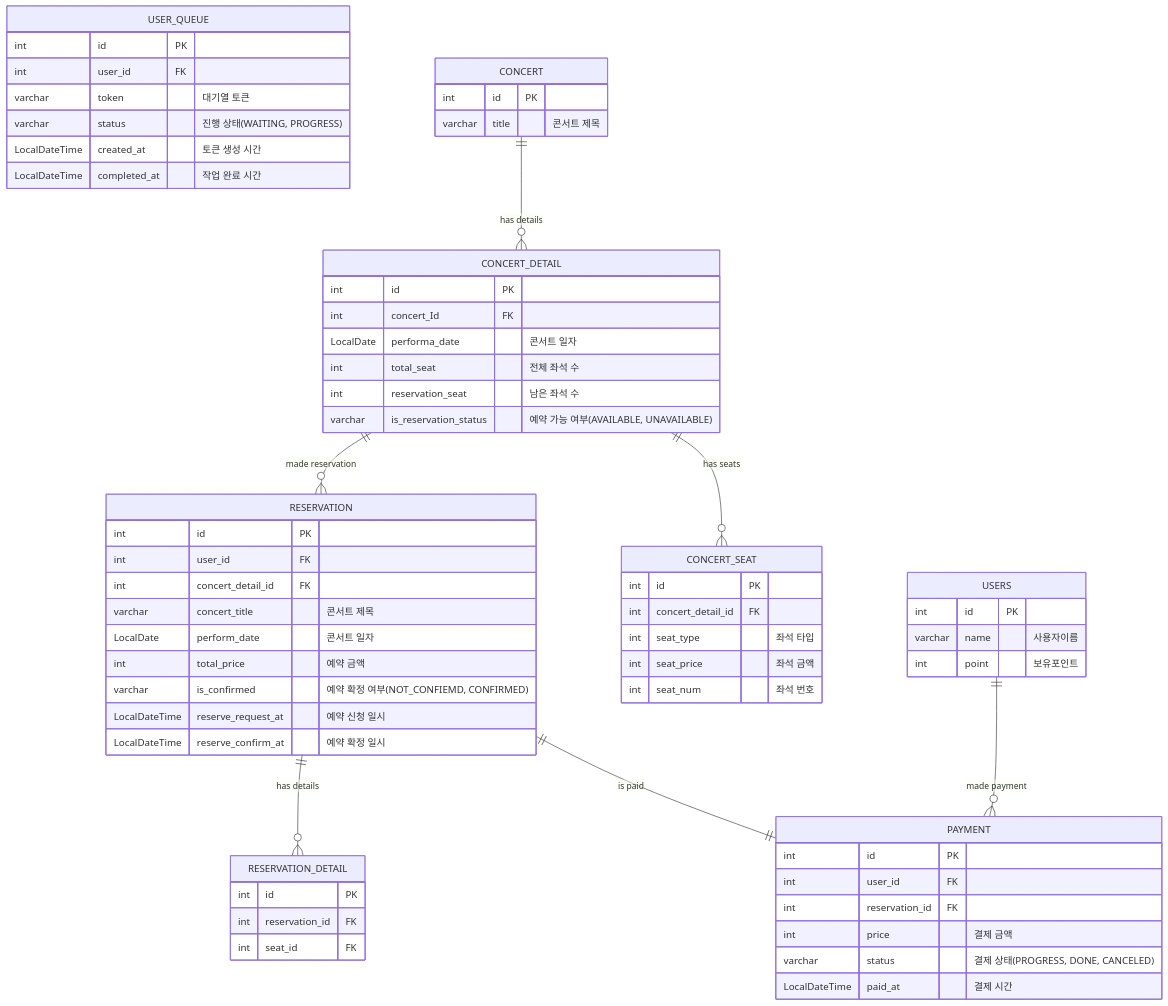
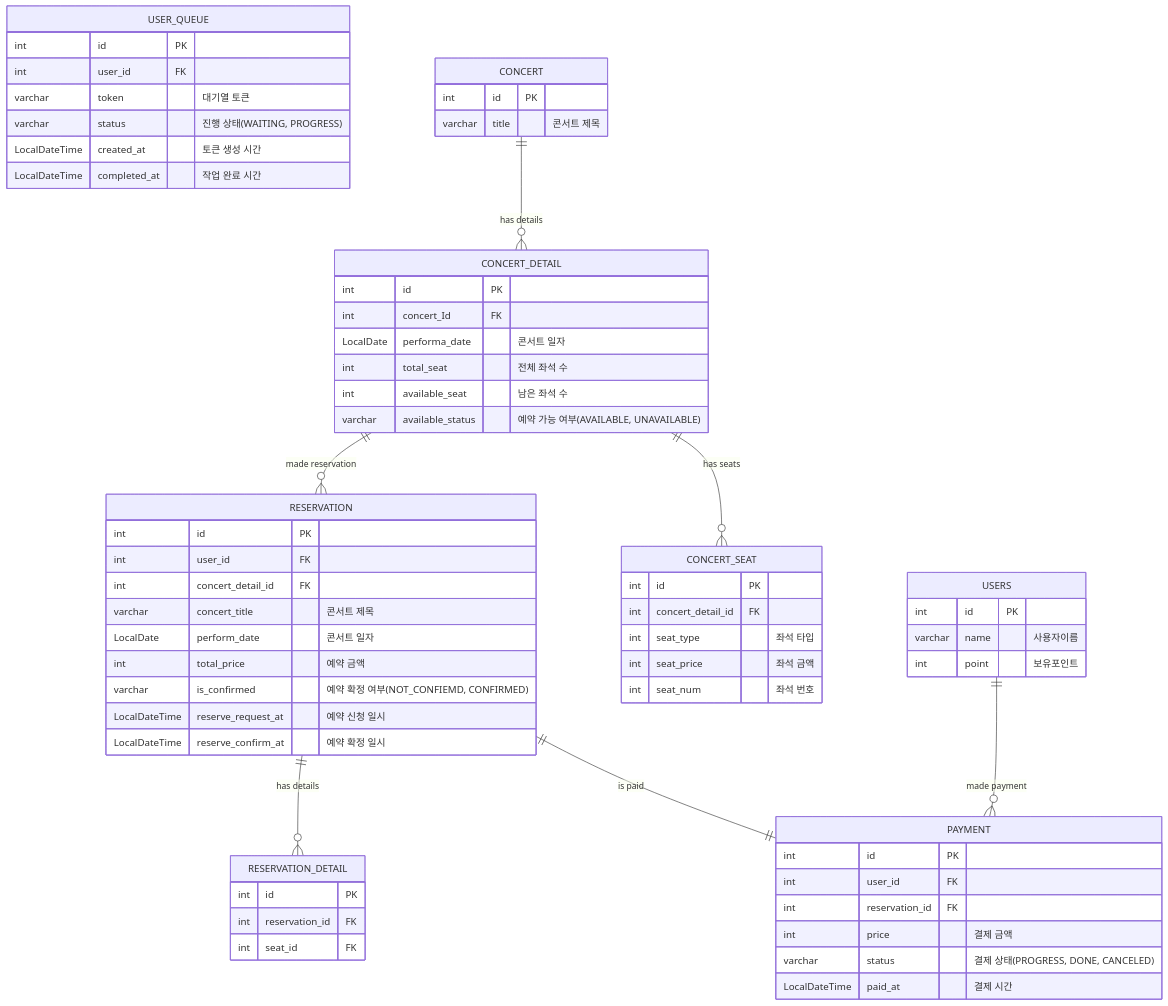
Before and after one commit to Lexyyaa/hhplus-reservation: the diagram in reservation/doc/ERD.md, drawn with Mermaid.

````diff
--- a/reservation/doc/ERD.md
+++ b/reservation/doc/ERD.md
@@ -4,73 +4,73 @@
 ```mermaid
 erDiagram
     USERS {
         int id PK
         varchar name "사용자이름"
         int point "보유포인트"
     }
 
     USER_QUEUE {
         int id PK 
         int user_id FK
         varchar token "대기열 토큰"
         varchar status "진행 상태(WAITING, PROGRESS)"
         LocalDateTime created_at "토큰 생성 시간"
         LocalDateTime completed_at "작업 완료 시간"
     }
 
     CONCERT {
         int id PK
         varchar title "콘서트 제목"
     }
 
     CONCERT_DETAIL {
         int id PK
         int concert_Id FK 
         LocalDate performa_date "콘서트 일자"
         int total_seat "전체 좌석 수"
-        int reservation_seat "남은 좌석 수"
-        varchar is_reservation_status "예약 가능 여부(AVAILABLE, UNAVAILABLE)"
+        int available_seat "남은 좌석 수"
+        varchar available_status "예약 가능 여부(AVAILABLE, UNAVAILABLE)"
     }
 
     CONCERT_SEAT {
         int id PK
         int concert_detail_id FK
         int seat_type "좌석 타입"
         int seat_price "좌석 금액"
         int seat_num "좌석 번호"
     }
 
     RESERVATION {
         int id PK
         int user_id FK
         int concert_detail_id FK
         varchar concert_title "콘서트 제목"
         LocalDate perform_date "콘서트 일자"
         int total_price "예약 금액"
         varchar is_confirmed "예약 확정 여부(NOT_CONFIEMD, CONFIRMED)"
         LocalDateTime reserve_request_at "예약 신청 일시"
         LocalDateTime reserve_confirm_at "예약 확정 일시"
     }
 
     RESERVATION_DETAIL {
         int id PK
         int reservation_id FK
         int seat_id FK
     }
 
     PAYMENT {
         int id PK
         int user_id FK
         int reservation_id FK
         int price "결제 금액"
         varchar status "결제 상태(PROGRESS, DONE, CANCELED)"
         LocalDateTime paid_at "결제 시간"
     }
 
     RESERVATION ||--o{ RESERVATION_DETAIL: "has details"
     RESERVATION ||--|| PAYMENT: "is paid"
     USERS ||--o{ PAYMENT: "made payment"
     CONCERT ||--o{ CONCERT_DETAIL: "has details"
     CONCERT_DETAIL ||--o{ CONCERT_SEAT: "has seats"
     CONCERT_DETAIL ||--o{ RESERVATION: "made reservation"
 ```
````
